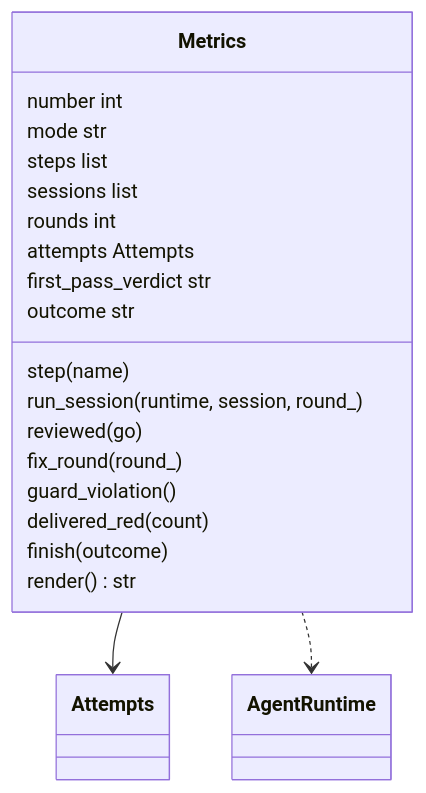
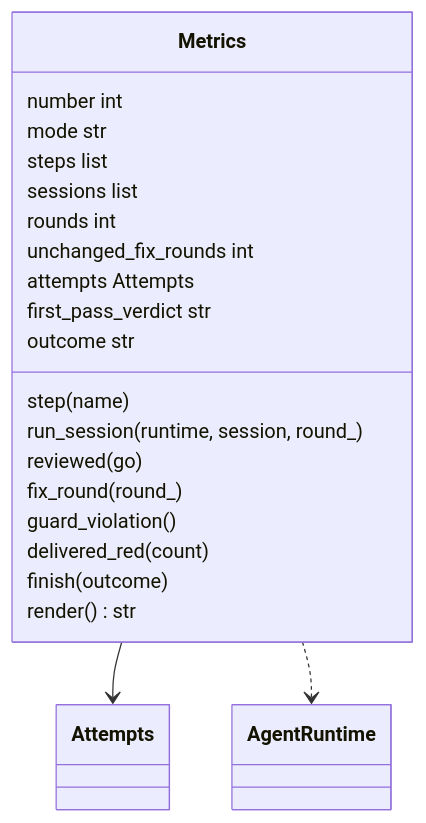
One commit to plaplanche/ariane changed the second of 3 diagrams in docs/architecture/modules/metrics.md. Above: the diagram before and after it, drawn with Mermaid. The commit also changed other lines of this file and 10 other files, not shown here.

````diff
--- a/docs/architecture/modules/metrics.md
+++ b/docs/architecture/modules/metrics.md
@@ -35,23 +35,24 @@
 ```mermaid
 classDiagram
 class Metrics {
   number int
   mode str
   steps list
   sessions list
   rounds int
+  unchanged_fix_rounds int
   attempts Attempts
   first_pass_verdict str
   outcome str
   step(name)
   run_session(runtime, session, round_)
   reviewed(go)
   fix_round(round_)
   guard_violation()
   delivered_red(count)
   finish(outcome)
   render() str
 }
 Metrics --> Attempts
 Metrics ..> AgentRuntime
 ```
````
